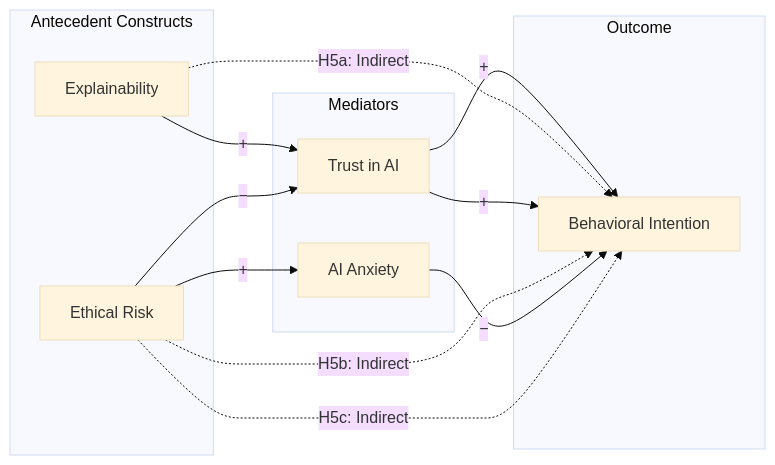
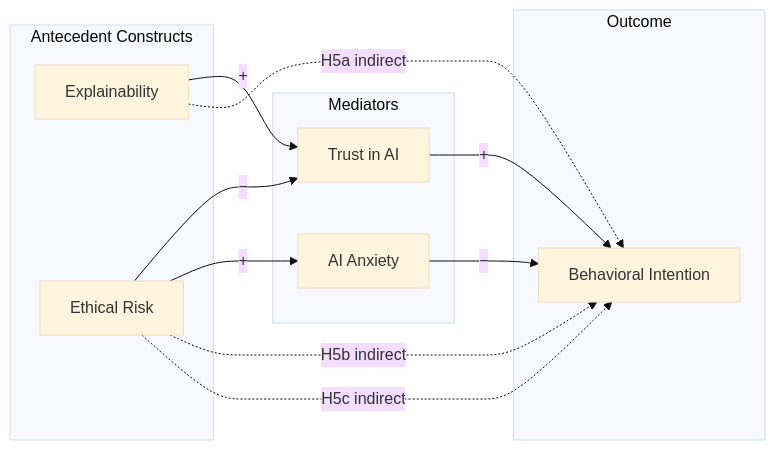
One commit to fabioc-aloha/AIRS_Data_Analysis changed the fourth of 4 diagrams in plan/ANALYSIS_PLAN.md. Above: the diagram before and after it, drawn with Mermaid (base theme). The commit also changed other lines of this file and 135 other files, not shown here.

````diff
--- a/plan/ANALYSIS_PLAN.md
+++ b/plan/ANALYSIS_PLAN.md
@@ -369,28 +455,32 @@
 ```mermaid
 flowchart LR
     subgraph Antecedents["Antecedent Constructs"]
         EX[Explainability]
         ER[Ethical Risk]
     end
 
     subgraph Mediators["Mediators"]
         TR[Trust in AI]
         AX[AI Anxiety]
     end
 
     subgraph Outcome["Outcome"]
         BI[Behavioral Intention]
     end
 
+    %% H5a: EX → TR → BI
     EX -->|+| TR
     TR -->|+| BI
-    EX -.->|H5a: Indirect| BI
 
+    %% H5b: ER → TR → BI (TR eroded)
     ER -->|−| TR
-    TR -->|+| BI
-    ER -.->|H5b: Indirect| BI
 
+    %% H5c: ER → AX → BI
     ER -->|+| AX
     AX -->|−| BI
-    ER -.->|H5c: Indirect| BI
+
+    %% Indirect effect indicators
+    EX -.->|H5a indirect| BI
+    ER -.->|H5b indirect| BI
+    ER -.->|H5c indirect| BI
 ```
````
